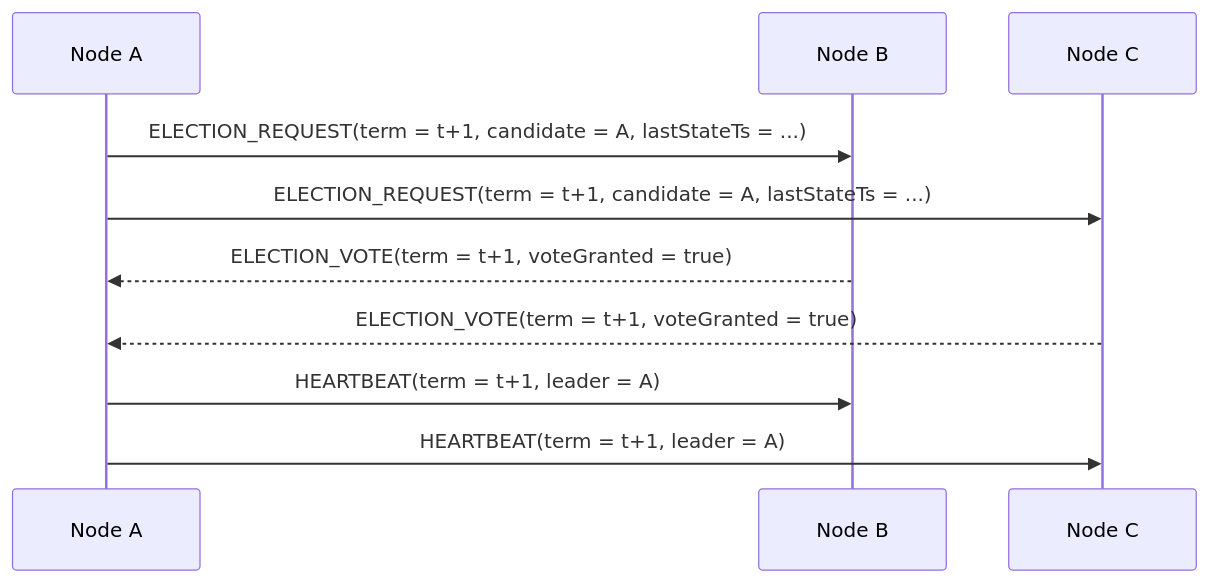
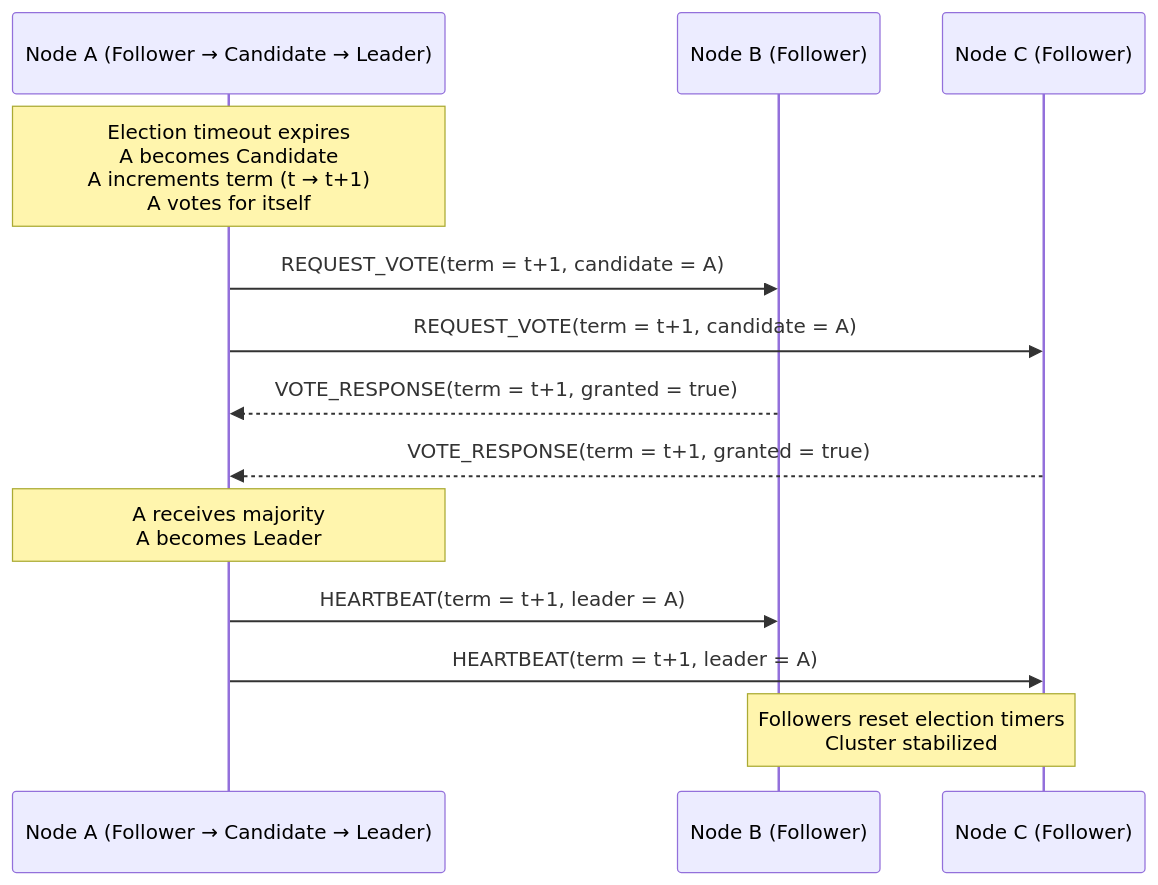
One commit to Yusuboy/dist-sensor-fusion changed the diagram in docks/architecture/leader_election_diagram.md. Above: the diagram before and after it, drawn with Mermaid. The commit also changed 2 other files, not shown here.

Commit message:
update README and Diagrams

````diff
--- a/docks/architecture/leader_election_diagram.md
+++ b/docks/architecture/leader_election_diagram.md
@@ -1,28 +1,32 @@
 ```mermaid
 sequenceDiagram
-    %% ===========================
+    %% ======================================
     %% PARTICIPANTS
-    %% ===========================
-    participant A as Node A
-    participant B as Node B
-    participant C as Node C
+    %% ======================================
+    participant A as Node A (Follower → Candidate → Leader)
+    participant B as Node B (Follower)
+    participant C as Node C (Follower)
 
-    %% ===========================
+    %% ======================================
     %% ELECTION TIMEOUT
-    %% ===========================
+    %% ======================================
+    Note over A: Election timeout expires<br>A becomes Candidate<br>A increments term (t → t+1)<br>A votes for itself
 
-    A->>B: ELECTION_REQUEST(term = t+1, candidate = A, lastStateTs = ...)
-    A->>C: ELECTION_REQUEST(term = t+1, candidate = A, lastStateTs = ...)
+    %% SEND REQUEST_VOTE
+    A->>B: REQUEST_VOTE(term = t+1, candidate = A)
+    A->>C: REQUEST_VOTE(term = t+1, candidate = A)
 
-    B-->>A: ELECTION_VOTE(term = t+1, voteGranted = true)
-    C-->>A: ELECTION_VOTE(term = t+1, voteGranted = true)
+    %% RECEIVE VOTES
+    B-->>A: VOTE_RESPONSE(term = t+1, granted = true)
+    C-->>A: VOTE_RESPONSE(term = t+1, granted = true)
 
+    Note over A: A receives majority<br>A becomes Leader
 
-    %% ===========================
+    %% ======================================
     %% LEADER HEARTBEATS
-    %% ===========================
+    %% ======================================
     A->>B: HEARTBEAT(term = t+1, leader = A)
     A->>C: HEARTBEAT(term = t+1, leader = A)
 
-
+    Note over B,C: Followers reset election timers<br>Cluster stabilized
 ```
````
